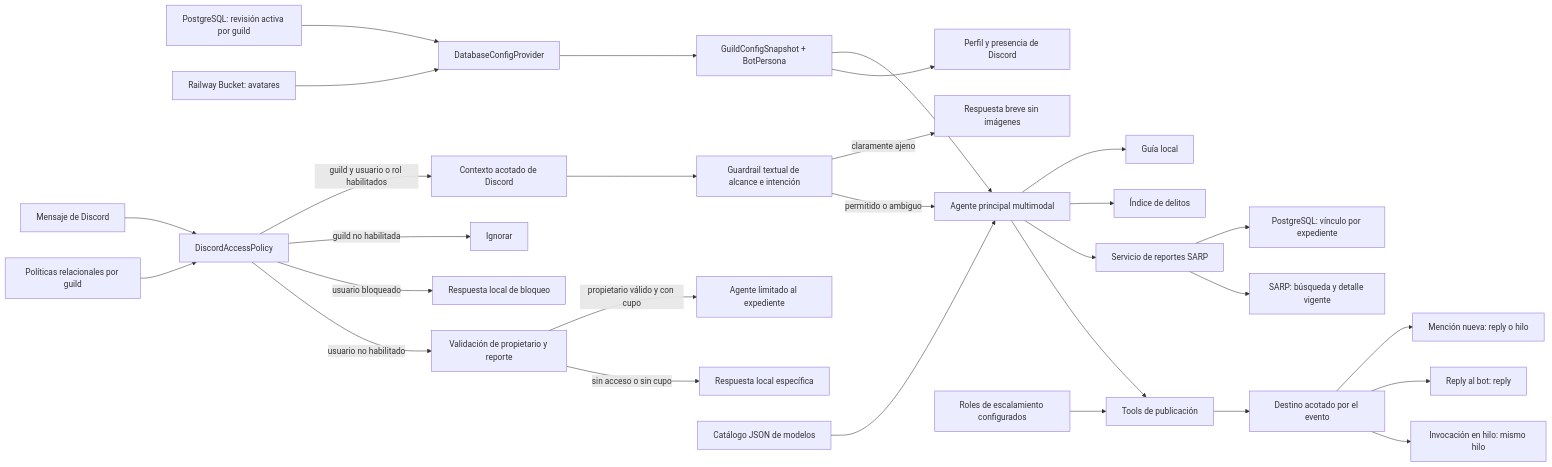
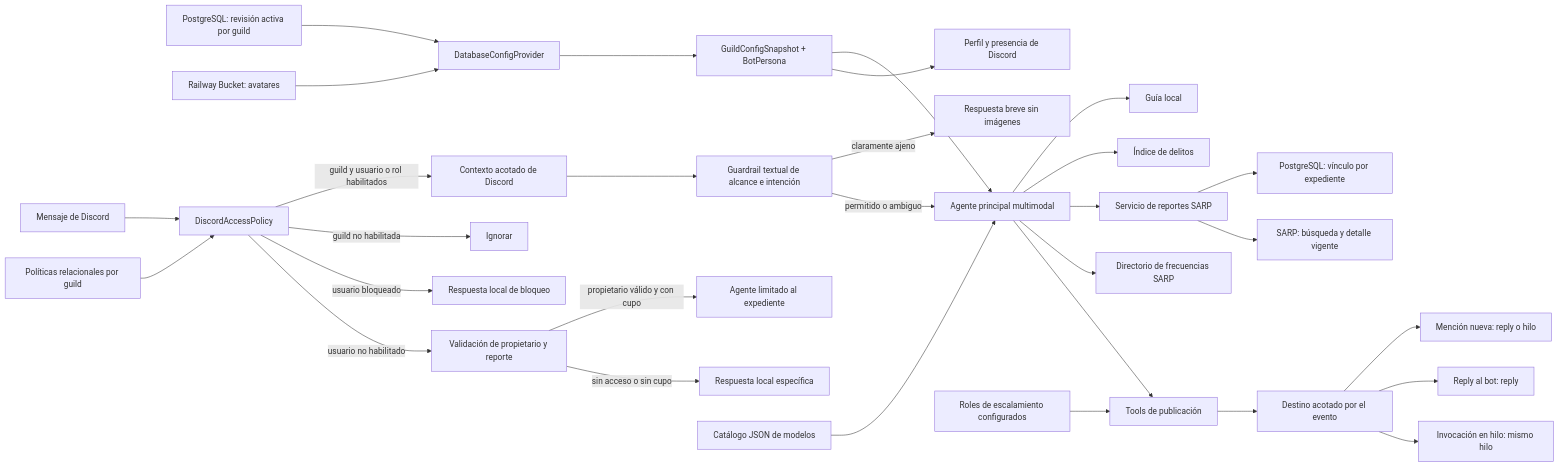
Before and after one commit to SouthViking/arrest-report-agent: the diagram in docs/ARCHITECTURE.md, drawn with Mermaid. The commit also changed other lines of this file and 20 other files, not shown here.

````diff
--- a/docs/ARCHITECTURE.md
+++ b/docs/ARCHITECTURE.md
@@ -5,31 +5,32 @@
 ```mermaid
 flowchart LR
     V["PostgreSQL: revisión activa por guild"] --> B["DatabaseConfigProvider"]
     K["Railway Bucket: avatares"] --> B
     B --> Q["GuildConfigSnapshot + BotPersona"]
     Q --> R
     Q --> Y["Perfil y presencia de Discord"]
     M["Mensaje de Discord"] --> T["DiscordAccessPolicy"]
     A["Políticas relacionales por guild"] --> T
     T -->|"guild y usuario o rol habilitados"| C["Contexto acotado de Discord"]
     T -->|"guild no habilitada"| I["Ignorar"]
     T -->|"usuario bloqueado"| L["Respuesta local de bloqueo"]
     T -->|"usuario no habilitado"| U["Validación de propietario y reporte"]
     U -->|"propietario válido y con cupo"| QO["Agente limitado al expediente"]
     U -->|"sin acceso o sin cupo"| UA["Respuesta local específica"]
     C --> S["Guardrail textual de alcance e intención"]
     S -->|"claramente ajeno"| O["Respuesta breve sin imágenes"]
     S -->|"permitido o ambiguo"| R["Agente principal multimodal"]
     J["Catálogo JSON de modelos"] --> R
     R --> G["Guía local"]
     R --> D["Índice de delitos"]
     R --> AR["Servicio de reportes SARP"]
+    R --> FF["Directorio de frecuencias SARP"]
     AR --> AB["PostgreSQL: vínculo por expediente"]
     AR --> SA["SARP: búsqueda y detalle vigente"]
     R --> P["Tools de publicación"]
     E["Roles de escalamiento configurados"] --> P
     P --> X["Destino acotado por el evento"]
     X --> H["Mención nueva: reply o hilo"]
     X --> N["Reply al bot: reply"]
     X --> F["Invocación en hilo: mismo hilo"]
 ```
````
